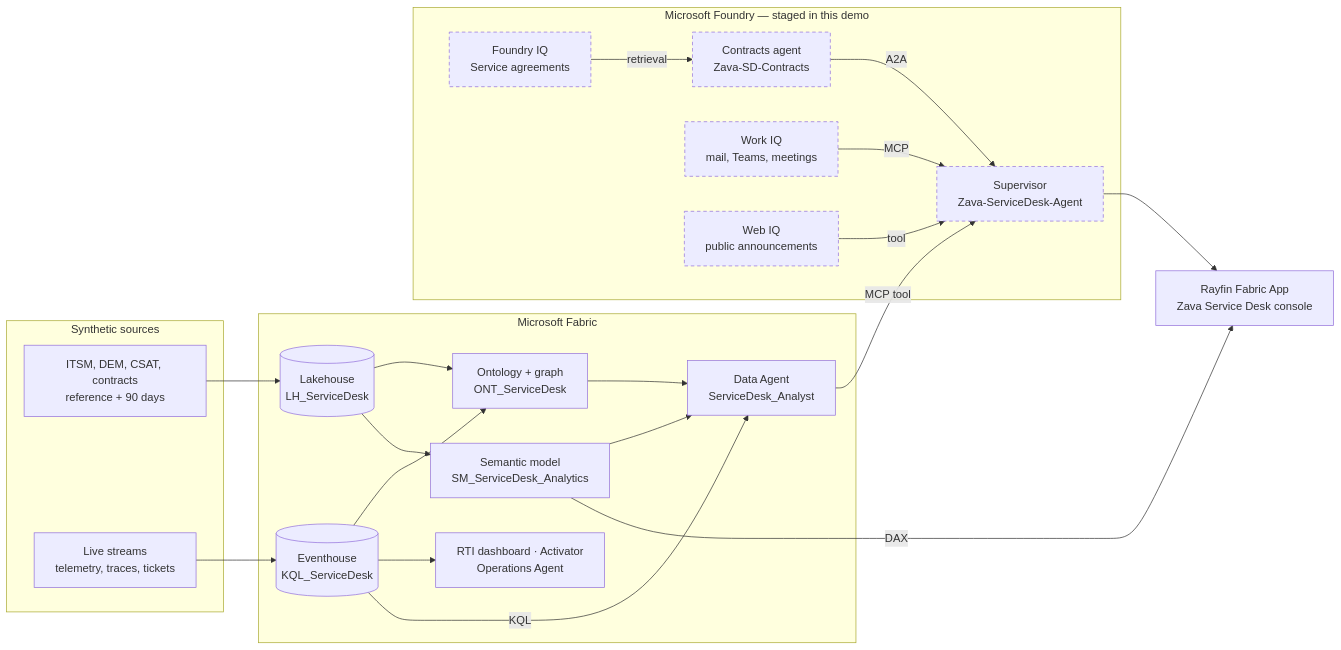
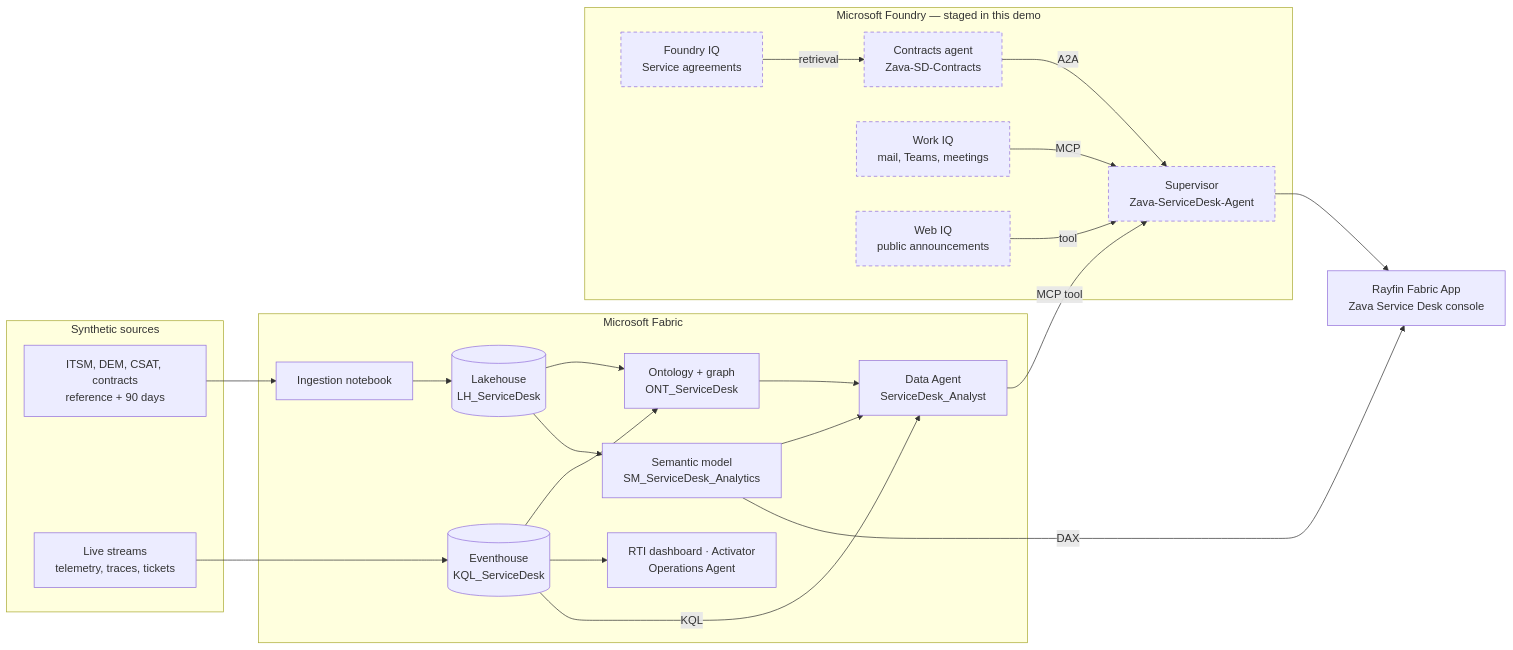
The diagram in README.md (Statyx/Fab-ServiceDesk-IQ), drawn with Mermaid before and after one commit. The commit also changed other lines of this file, not shown here.

````diff
--- a/README.md
+++ b/README.md
@@ -94,44 +120,45 @@
 ```mermaid
 flowchart LR
   subgraph src[Synthetic sources]
     CSV[ITSM, DEM, CSAT, contracts<br/>reference + 90 days]
     LIVE[Live streams<br/>telemetry, traces, tickets]
   end
 
   subgraph fabric[Microsoft Fabric]
+    NB[Ingestion notebook]
     LH[(Lakehouse<br/>LH_ServiceDesk)]
     EH[(Eventhouse<br/>KQL_ServiceDesk)]
     ONT[Ontology + graph<br/>ONT_ServiceDesk]
     SM[Semantic model<br/>SM_ServiceDesk_Analytics]
     DA[Data Agent<br/>ServiceDesk_Analyst]
     RTI[RTI dashboard · Activator<br/>Operations Agent]
   end
 
   subgraph foundry[Microsoft Foundry — staged in this demo]
     SUP[Supervisor<br/>Zava-ServiceDesk-Agent]
     CTR[Contracts agent<br/>Zava-SD-Contracts]
     KB[Foundry IQ<br/>Service agreements]
     WIQ[Work IQ<br/>mail, Teams, meetings]
     WEB[Web IQ<br/>public announcements]
   end
 
-  CSV --> LH
+  CSV --> NB --> LH
   LIVE --> EH
   LH --> ONT
   LH --> SM
   EH --> ONT
   EH --> RTI
   ONT --> DA
   SM --> DA
   EH -->|KQL| DA
   DA -->|MCP tool| SUP
   KB -->|retrieval| CTR
   CTR -->|A2A| SUP
   WIQ -->|MCP| SUP
   WEB -->|tool| SUP
   SUP --> APP[Rayfin Fabric App<br/>Zava Service Desk console]
   SM -->|DAX| APP
 
   classDef vision stroke-dasharray: 5 4
   class SUP,CTR,KB,WIQ,WEB vision
 ```
````
